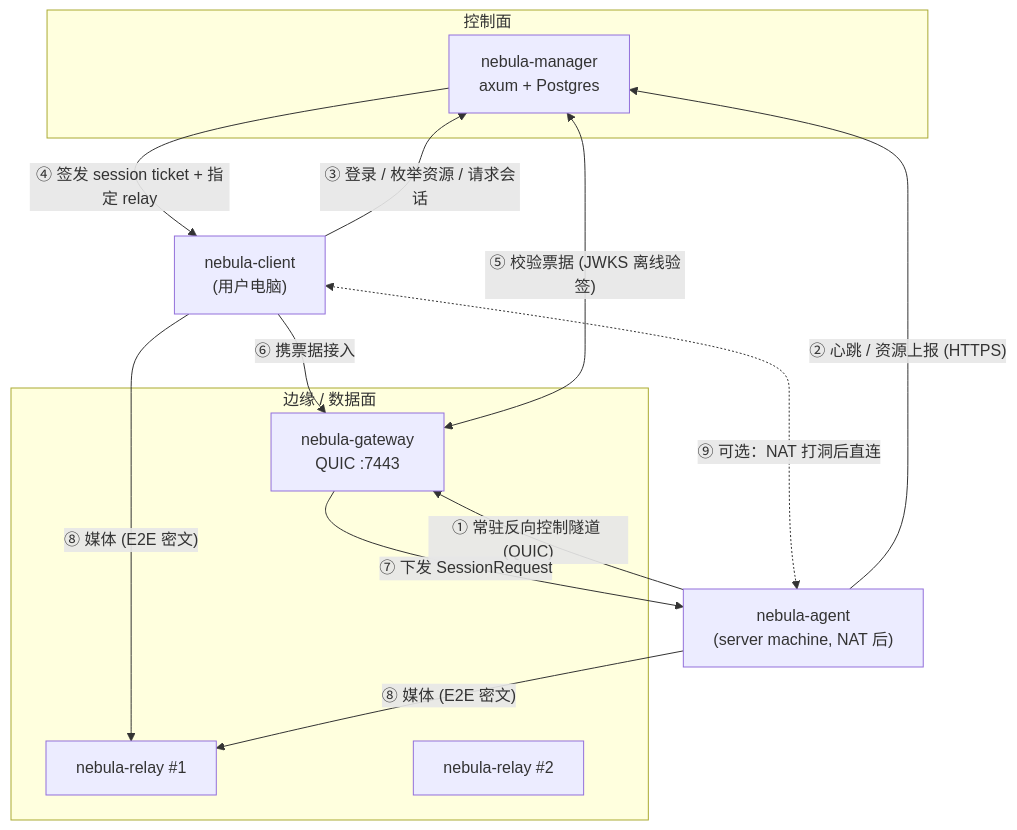
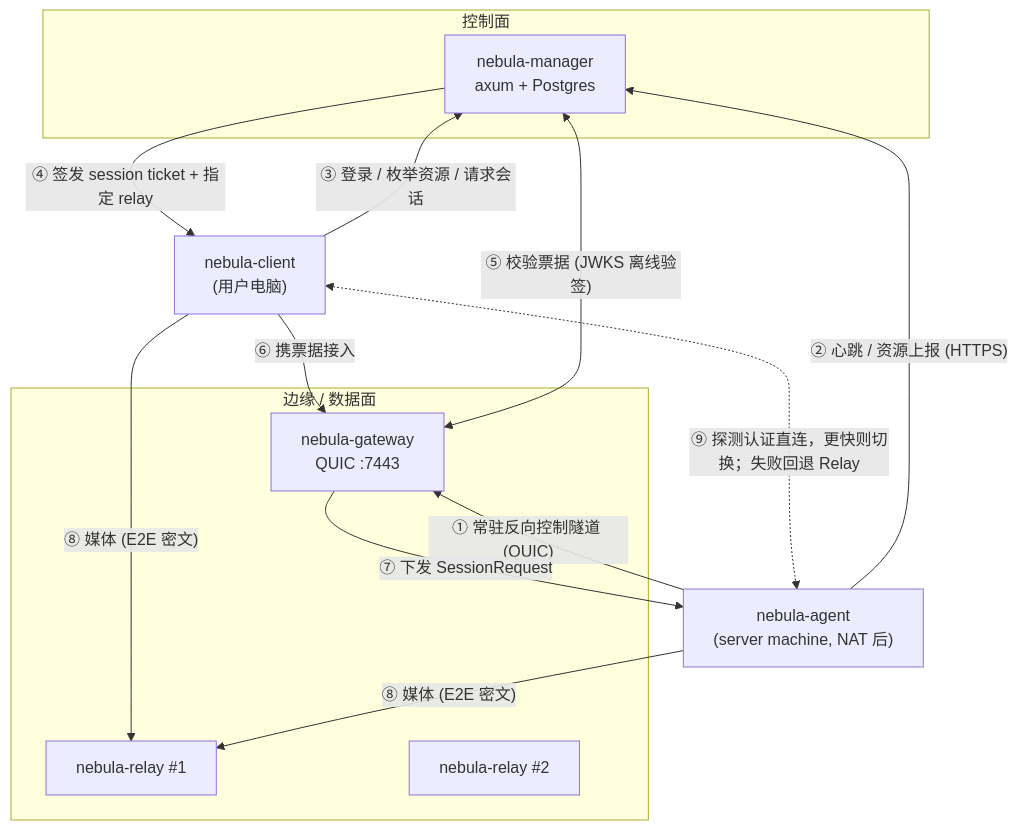
One commit to zongyangbigpolo/NebulaDesk changed the diagram in docs/architecture/NEBULA_V2.md. Above: the diagram before and after it, drawn with Mermaid. The commit also changed other lines of this file and 22 other files, not shown here.

````diff
--- a/docs/architecture/NEBULA_V2.md
+++ b/docs/architecture/NEBULA_V2.md
@@ -41,24 +41,24 @@
 ```mermaid
 flowchart TB
   subgraph CP["控制面"]
     MGR["nebula-manager<br/>axum + Postgres"]
   end
   subgraph EDGE["边缘 / 数据面"]
     GW["nebula-gateway<br/>QUIC :7443"]
     RLY1["nebula-relay #1"]
     RLY2["nebula-relay #2"]
   end
   CLI["nebula-client<br/>(用户电脑)"]
   AGT["nebula-agent<br/>(server machine, NAT 后)"]
 
   AGT -- "① 常驻反向控制隧道 (QUIC)" --> GW
   AGT -- "② 心跳 / 资源上报 (HTTPS)" --> MGR
   CLI -- "③ 登录 / 枚举资源 / 请求会话" --> MGR
   MGR -- "④ 签发 session ticket + 指定 relay" --> CLI
   GW <-- "⑤ 校验票据 (JWKS 离线验签)" --> MGR
   CLI -- "⑥ 携票据接入" --> GW
   GW -- "⑦ 下发 SessionRequest" --> AGT
   CLI -- "⑧ 媒体 (E2E 密文)" --> RLY1
   AGT -- "⑧ 媒体 (E2E 密文)" --> RLY1
-  CLI <-. "⑨ 可选：NAT 打洞后直连" .-> AGT
+  CLI <-. "⑨ 探测认证直连，更快则切换；失败回退 Relay" .-> AGT
 ```
````
